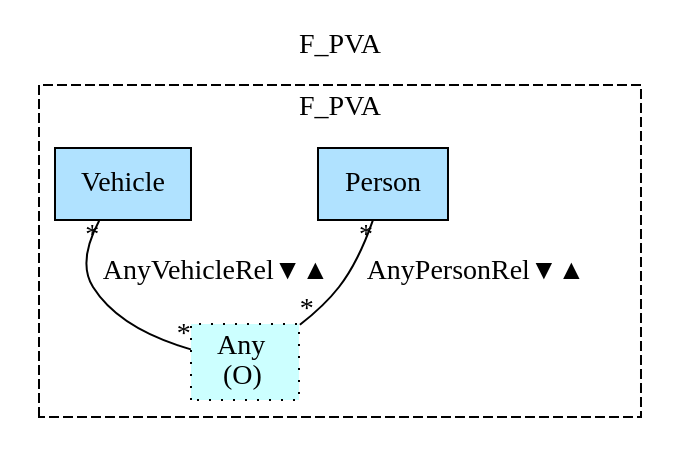
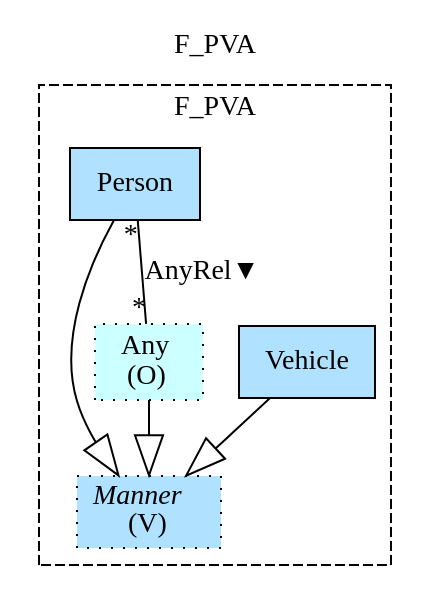
One commit to namalio/Fragmenta changed the diagram in Haskell/FragmentaTests/PersonVehicle/img/F_PVA.gv. Above: the diagram before and after it, drawn with Graphviz. The commit also changed 94 other files, not shown here.

```diff
--- a/Haskell/FragmentaTests/PersonVehicle/img/F_PVA.gv
+++ b/Haskell/FragmentaTests/PersonVehicle/img/F_PVA.gv
@@ -1,11 +1,14 @@
 digraph {graph[label=F_PVA,labelloc=tl,labelfontsize=12];
 subgraph cluster_F_PVA{style=dashed;label=F_PVA;
+"Vehicle"[shape=record,fillcolor=lightskyblue1,style = filled,label="Vehicle"];
+"Manner"[shape=record,fillcolor=lightskyblue1,style ="filled,dotted",label=<{<I>Manner</I><br/>(V)}>];
 "Person"[shape=record,fillcolor=lightskyblue1,style = filled,label="Person"];
-"Vehicle"[shape=record,fillcolor=lightskyblue1,style = filled,label="Vehicle"];
 "Any"[shape=record,fillcolor="#CCFFFF",style ="filled,dotted",label=<Any<br/>(O)>];
 
-"Person"->"Any"[label="AnyPersonRel▼▲",dir=none,taillabel="*",headlabel="*"];
-"Vehicle"->"Any"[label="AnyVehicleRel▼▲",dir=none,taillabel="*",headlabel="*"];
+"Person"->"Manner"[arrowhead=onormal,arrowsize=2.0];
+"Vehicle"->"Manner"[arrowhead=onormal,arrowsize=2.0];
+"Any"->"Manner"[arrowhead=onormal,arrowsize=2.0];
+"Person"->"Any"[label="AnyRel▼",dir=none,taillabel="*",headlabel="*"];
 
 }
 }
```
